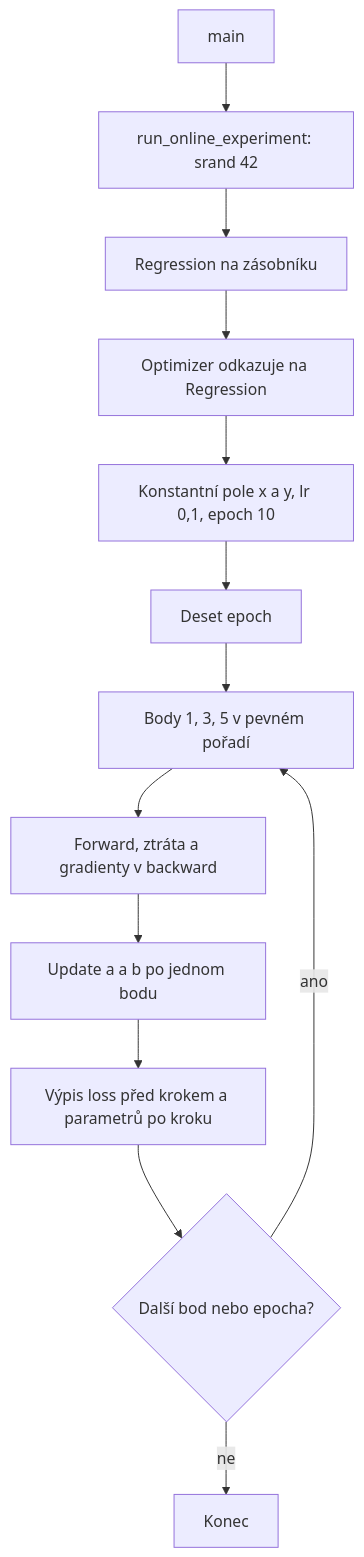
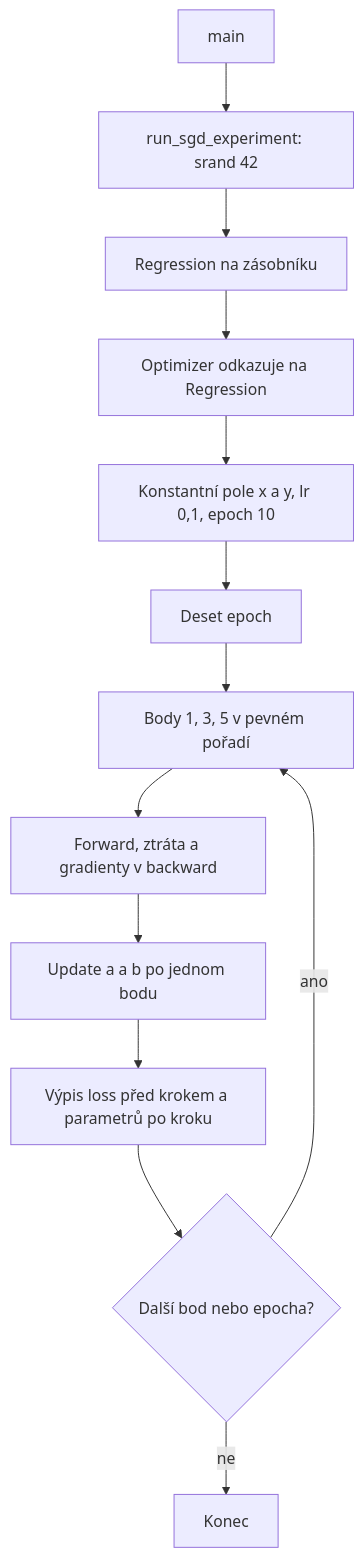
Before and after one commit to sooneoo/machine-learning: the second of 3 diagrams in 001-LinearRegression/spec/specifikace-linearni-regrese.md, drawn with Mermaid. The commit also changed other lines of this file and 5 other files, not shown here.

````diff
--- a/001-LinearRegression/spec/specifikace-linearni-regrese.md
+++ b/001-LinearRegression/spec/specifikace-linearni-regrese.md
@@ -260,15 +260,15 @@
 ```mermaid
 flowchart TD
-    Main[main] --> Seed[run_online_experiment: srand 42]
+    Main[main] --> Seed[run_sgd_experiment: srand 42]
     Seed --> Model[Regression na zásobníku]
     Model --> Opt[Optimizer odkazuje na Regression]
     Opt --> Data["Konstantní pole x a y, lr 0,1, epoch 10"]
     Data --> Epoch[Deset epoch]
     Epoch --> Sample[Body 1, 3, 5 v pevném pořadí]
     Sample --> Backward[Forward, ztráta a gradienty v backward]
     Backward --> Update[Update a a b po jednom bodu]
     Update --> Print[Výpis loss před krokem a parametrů po kroku]
     Print --> More{Další bod nebo epocha?}
     More -->|ano| Sample
     More -->|ne| End[Konec]
 ```
````
